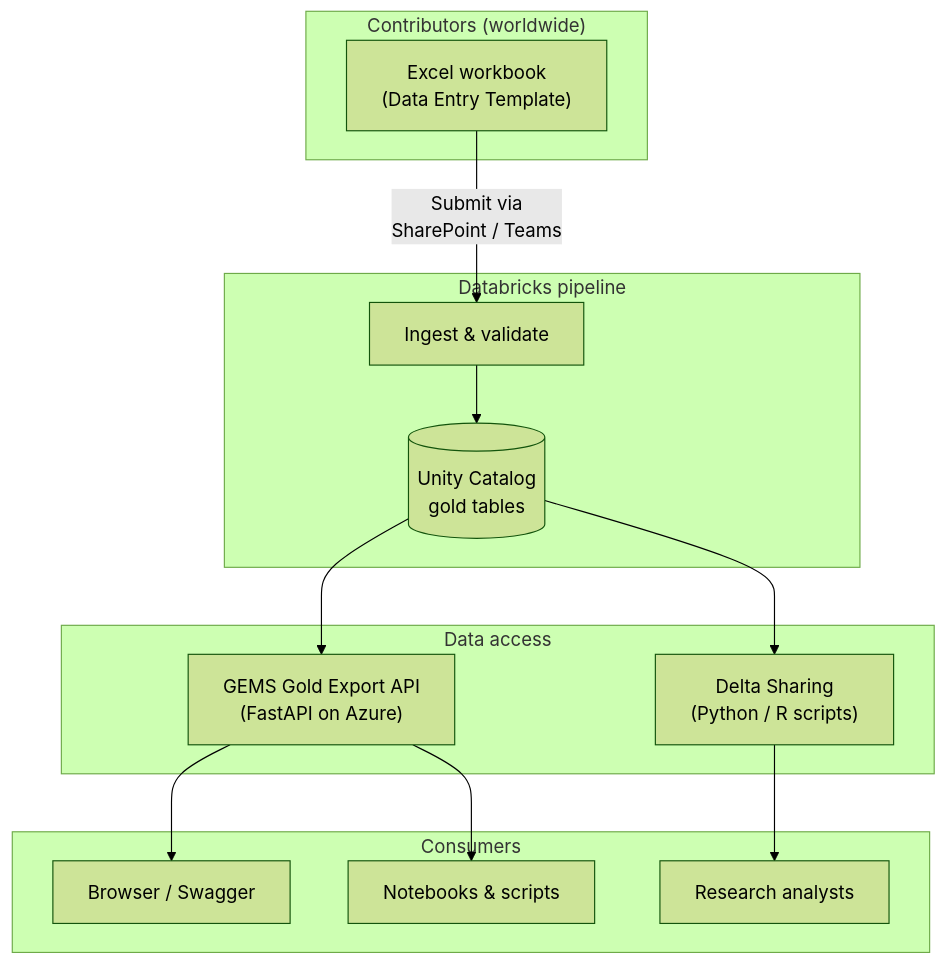
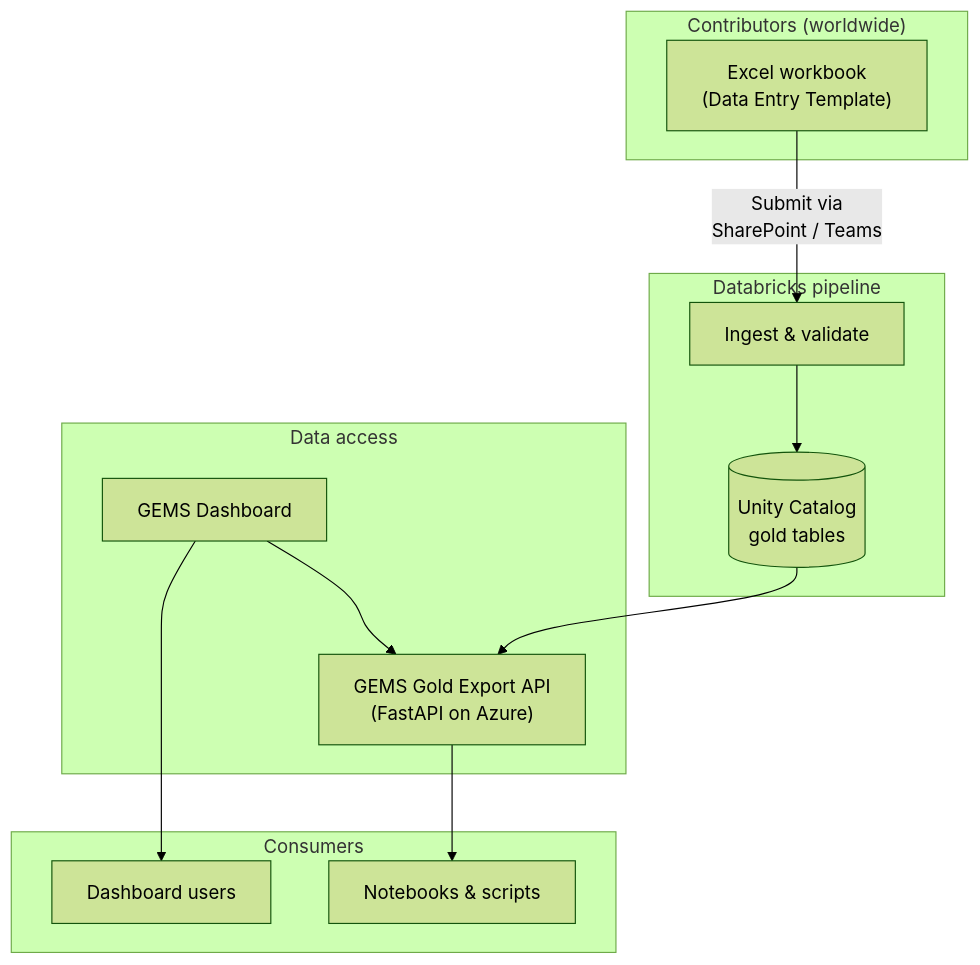
Before and after one commit to gems-project/data-entry-template: the first of 2 diagrams in README.md, drawn with Mermaid (forest theme). The commit also changed other lines of this file, not shown here.

````diff
--- a/README.md
+++ b/README.md
@@ -32,30 +32,28 @@
 ```mermaid
 flowchart TD
     subgraph contributors ["Contributors (worldwide)"]
         WB["Excel workbook\n(Data Entry Template)"]
     end
 
     subgraph pipeline ["Databricks pipeline"]
         INGEST["Ingest & validate"]
         GOLD[("Unity Catalog\ngold tables")]
         INGEST --> GOLD
     end
 
     subgraph access ["Data access"]
+        DASH["GEMS Dashboard"]
         API["GEMS Gold Export API\n(FastAPI on Azure)"]
-        DS["Delta Sharing\n(Python / R scripts)"]
+        DASH --> API
     end
 
     subgraph consumers ["Consumers"]
-        BROWSER["Browser / Swagger"]
+        BROWSER["Dashboard users"]
         SCRIPTS["Notebooks & scripts"]
-        ANALYSTS["Research analysts"]
     end
 
     WB -->|"Submit via\nSharePoint / Teams"| INGEST
     GOLD --> API
-    GOLD --> DS
-    API --> BROWSER
+    DASH --> BROWSER
     API --> SCRIPTS
-    DS --> ANALYSTS
 ```
````
